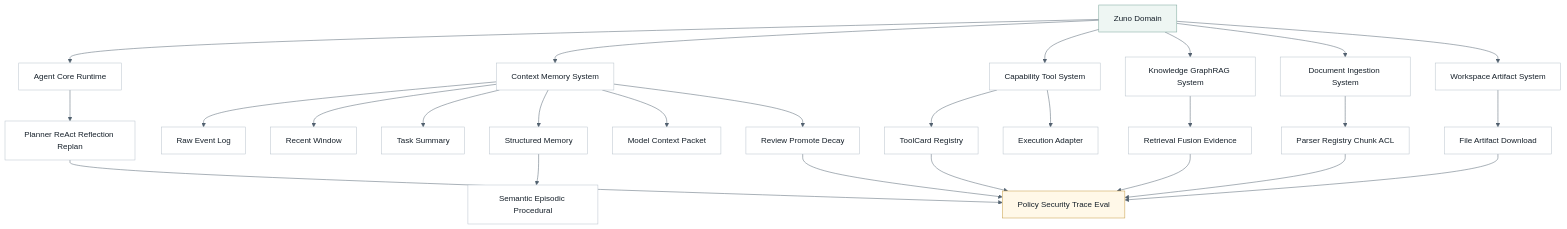
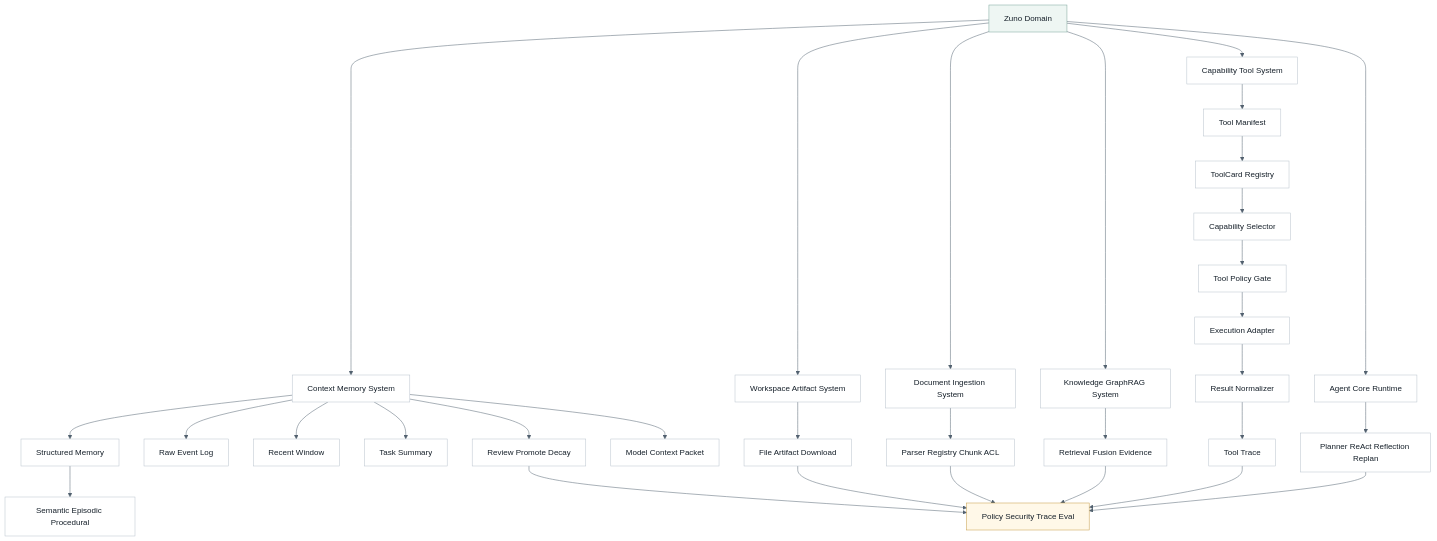
One commit to ProfessorZhi/Zuno changed the sixth of 10 diagrams in docs/architecture.md. Above: the diagram before and after it, drawn with Mermaid. The commit also changed other lines of this file and 12 other files, not shown here.

Commit message:
docs: improve architecture diagram viewing

````diff
--- a/docs/architecture.md
+++ b/docs/architecture.md
@@ -298,36 +328,41 @@
 ```mermaid
 %%{init: {"theme": "base", "themeVariables": {"background": "#f7f8fb", "lineColor": "#52616f"}}}%%
 flowchart TB
   classDef node fill:#ffffff,stroke:#b8c2cc,stroke-width:1px,color:#16202a;
   classDef accent fill:#eef6f3,stroke:#7aa59a,stroke-width:1px,color:#16202a;
   classDef guard fill:#fff8e8,stroke:#c59b43,stroke-width:1px,color:#16202a;
 
   DOMAIN["Zuno Domain"]:::accent
   DOMAIN --> RUNTIME["Agent Core Runtime"]
   DOMAIN --> MEMORY["Context Memory System"]
   DOMAIN --> CAPABILITY["Capability Tool System"]
   DOMAIN --> KNOWLEDGE["Knowledge GraphRAG System"]
   DOMAIN --> INGESTION["Document Ingestion System"]
   DOMAIN --> WORKSPACE["Workspace Artifact System"]
   RUNTIME --> PLAN["Planner ReAct Reflection Replan"]
   MEMORY --> RAW["Raw Event Log"]
   MEMORY --> WINDOW["Recent Window"]
   MEMORY --> SUMMARY["Task Summary"]
   MEMORY --> STRUCT["Structured Memory"]
   STRUCT --> TYPES["Semantic Episodic Procedural"]
   MEMORY --> PACK["Model Context Packet"]
   MEMORY --> GOV["Review Promote Decay"]
-  CAPABILITY --> CARD["ToolCard Registry"]
-  CAPABILITY --> EXEC["Execution Adapter"]
+  CAPABILITY --> MANIFEST["Tool Manifest"]
+  MANIFEST --> CARD["ToolCard Registry"]
+  CARD --> SELECT["Capability Selector"]
+  SELECT --> TOOLPOL["Tool Policy Gate"]
+  TOOLPOL --> EXEC["Execution Adapter"]
+  EXEC --> NORMAL["Result Normalizer"]
+  NORMAL --> TOOLTRACE["Tool Trace"]
   KNOWLEDGE --> RET["Retrieval Fusion Evidence"]
   INGESTION --> DOC["Parser Registry Chunk ACL"]
   WORKSPACE --> ART["File Artifact Download"]
   POLICY["Policy Security Trace Eval"]:::guard
   PLAN --> POLICY
-  CARD --> POLICY
+  TOOLTRACE --> POLICY
   RET --> POLICY
   DOC --> POLICY
   ART --> POLICY
   GOV --> POLICY
-  class RUNTIME,MEMORY,CAPABILITY,KNOWLEDGE,INGESTION,WORKSPACE,PLAN,RAW,WINDOW,SUMMARY,STRUCT,TYPES,PACK,GOV,CARD,EXEC,RET,DOC,ART node;
+  class RUNTIME,MEMORY,CAPABILITY,KNOWLEDGE,INGESTION,WORKSPACE,PLAN,RAW,WINDOW,SUMMARY,STRUCT,TYPES,PACK,GOV,MANIFEST,CARD,SELECT,TOOLPOL,EXEC,NORMAL,TOOLTRACE,RET,DOC,ART node;
 ```
````
